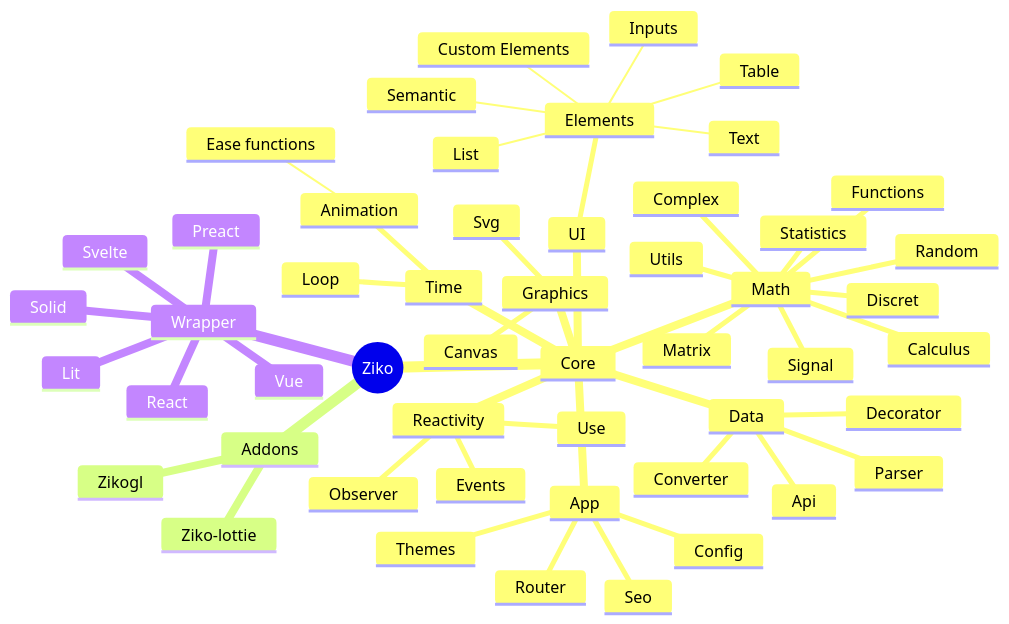
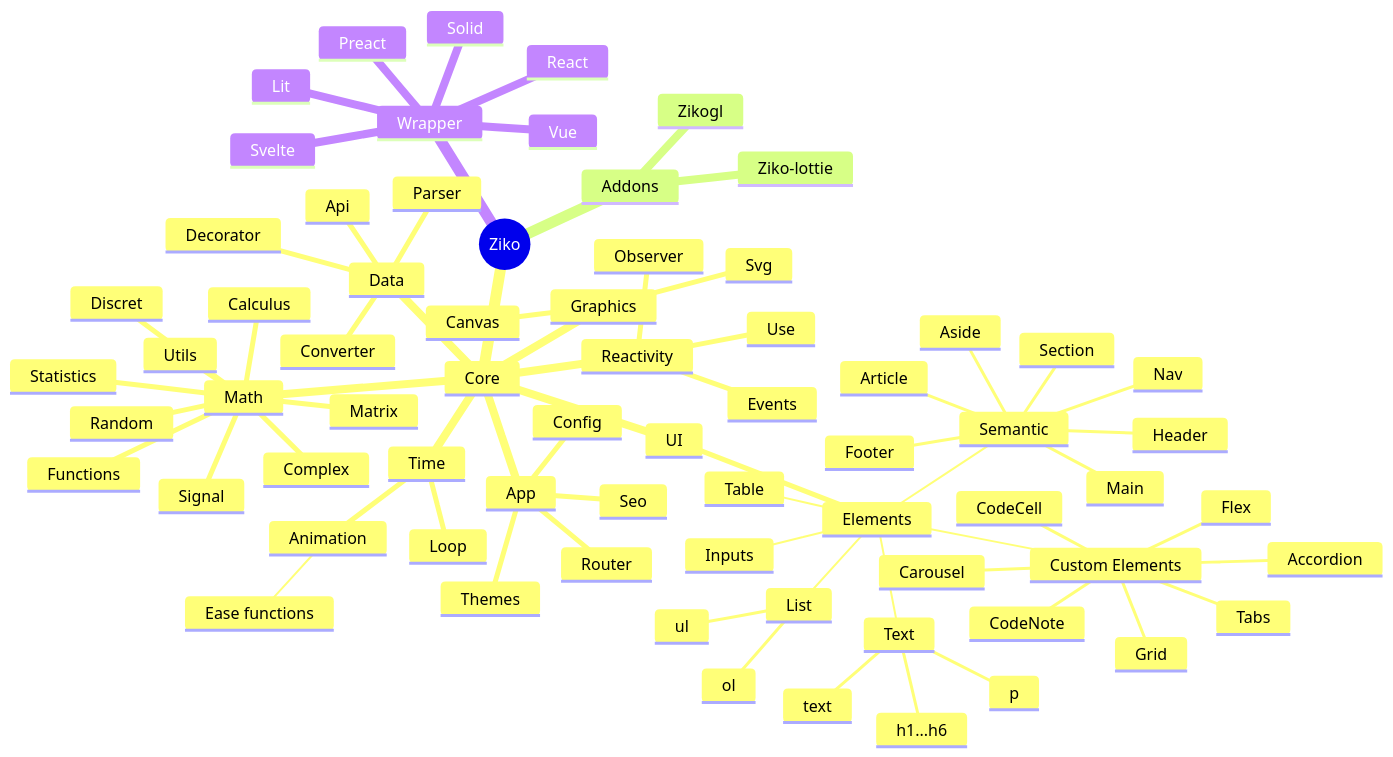
The diagram in README.md (zakarialaoui10/ziko.js), drawn with Mermaid before and after one commit.

````diff
--- a/README.md
+++ b/README.md
@@ -9,54 +9,73 @@
 ```mermaid
 mindmap
   root((Ziko))
    Core
     Math
      Utils
      Functions
      Complex
      Matrix 
      Random
      Calculus
      Signal
      Discret
      Statistics
     UI
      Elements
       Text
+       text
+       p 
+       h1...h6
       List 
+       ol
+       ul
       Table 
       Inputs
       Semantic
+       Main
+       Header
+       Footer
+       Section
+       Article
+       Nav
+       Aside
       Custom Elements
+       Flex
+       Grid
+       Accordion
+       Carousel
+       Tabs
+       CodeCell
+       CodeNote
     Time
      Animation
       Ease functions
      Loop
     Data
      Api
      Converter
      Decorator
      Parser
     Reactivity
      Events
      Observer
      Use
     Graphics
      Svg
      Canvas
     App
      Router
      Seo
      Config
      Themes
    Addons
     Zikogl
     Ziko-lottie
    Wrapper
     React
     Svelte
     Vue
     Lit
     Solid
     Preact
 ```
````
